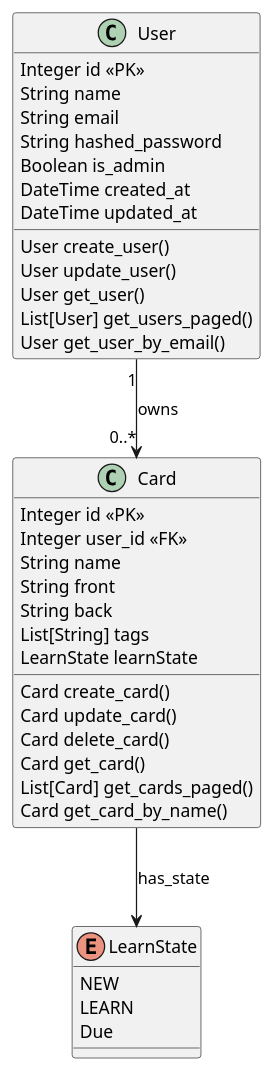
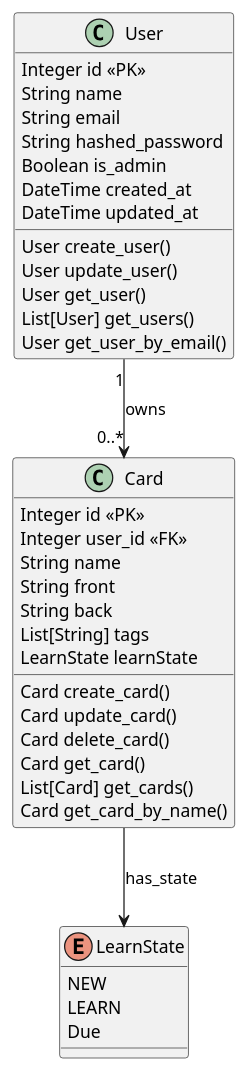
The second of 2 diagrams in backend/app/diagrams.md (JulianBierbaum/learn-cards-matura), drawn with PlantUML before and after one commit. The commit also changed 11 other files, not shown here.

````diff
--- a/backend/app/diagrams.md
+++ b/backend/app/diagrams.md
@@ -40,47 +40,47 @@
 ```plantuml
 @startuml
 
 class User {
   Integer id <<PK>>
   String name
   String email
   String hashed_password
   Boolean is_admin
   DateTime created_at
   DateTime updated_at
 
   User create_user()
   User update_user()
   User get_user()
-  List[User] get_users_paged()
+  List[User] get_users()
   User get_user_by_email()
 }
 
 class Card {
   Integer id <<PK>>
   Integer user_id <<FK>>
   String name
   String front
   String back
   List[String] tags
   LearnState learnState
 
   Card create_card()
   Card update_card()
   Card delete_card()
   Card get_card()
-  List[Card] get_cards_paged()
+  List[Card] get_cards()
   Card get_card_by_name()
 }
 
 enum LearnState {
   NEW
   LEARN
   Due
 }
 
 User "1" --> "0..*" Card : owns
 Card --> LearnState : has_state
 
 @enduml
 ```
````
